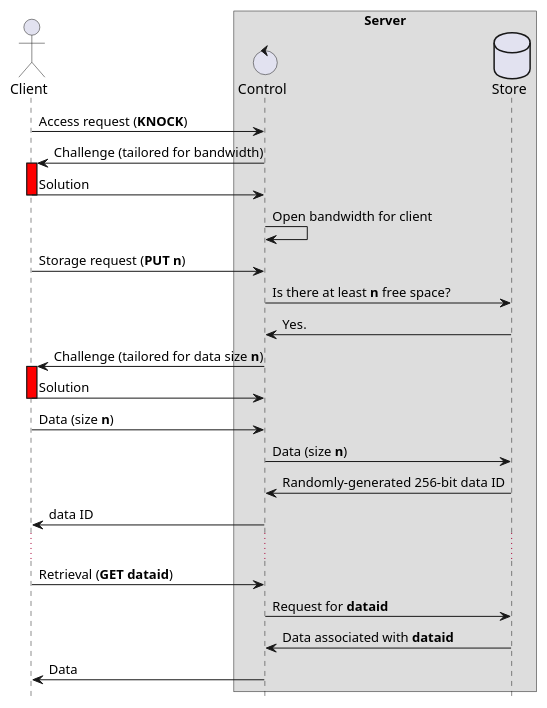
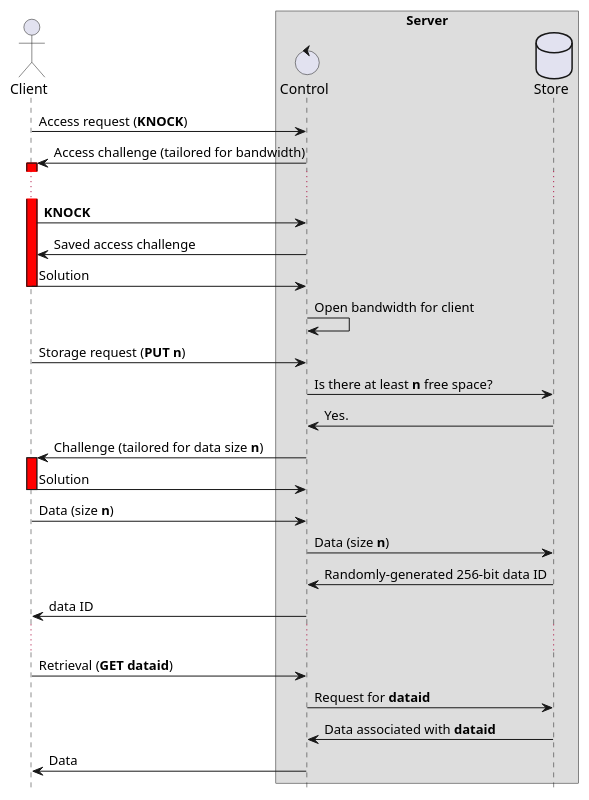
One commit to iasds/Datura-Network changed the diagram in Poc/6.2-space-allocation/README.md. Above: the diagram before and after it, drawn with PlantUML.

Commit message:
space-allocation(spec): expand the access challenge with wait time

````diff
--- a/Poc/6.2-space-allocation/README.md
+++ b/Poc/6.2-space-allocation/README.md
@@ -4,38 +4,43 @@
 ```plantuml
 @startuml
 actor Client
 box "Server"
 control Control
 database Store
 end box
 
 hide footbox
 
 Client -> Control : Access request (**KNOCK**)
 
-Client <- Control ++ #red : Challenge (tailored for bandwidth)
+Client <- Control ++ #red : Access challenge (tailored for bandwidth)
+
+...
+
+Client -> Control : **KNOCK**
+Client <- Control : Saved access challenge
 Client -> Control -- : Solution
 
 Control -> Control : Open bandwidth for client
 
 Client -> Control : Storage request (**PUT n**)
 
 Control -> Store : Is there at least **n** free space?
 Control <- Store : Yes.
 
 Client <- Control ++ #red : Challenge (tailored for data size **n**)
 Client -> Control -- : Solution
 
 Client -> Control : Data (size **n**)
 Control -> Store : Data (size **n**)
 Control <- Store : Randomly-generated 256-bit data ID
 Client <- Control : data ID
 
 ...
 
 Client -> Control : Retrieval (**GET dataid**)
 Control -> Store : Request for **dataid**
 Control <- Store : Data associated with **dataid**
 Client <- Control : Data
 @enduml
 ```
````
